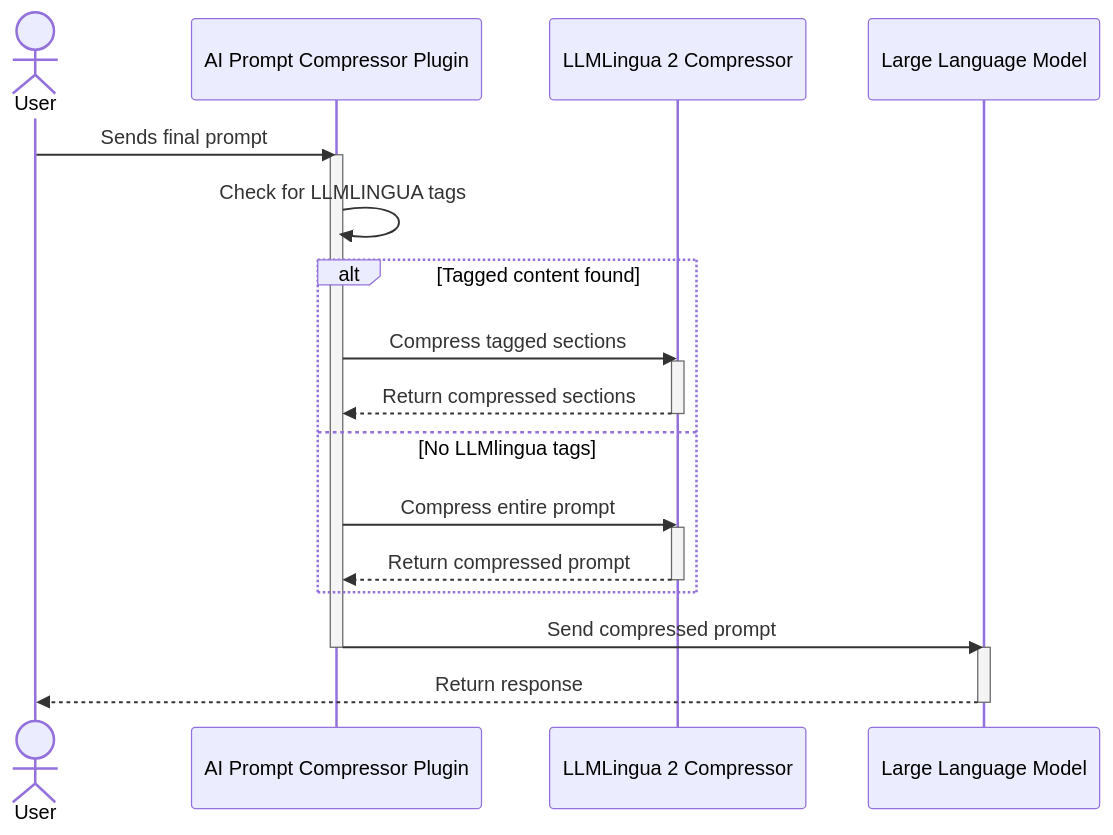
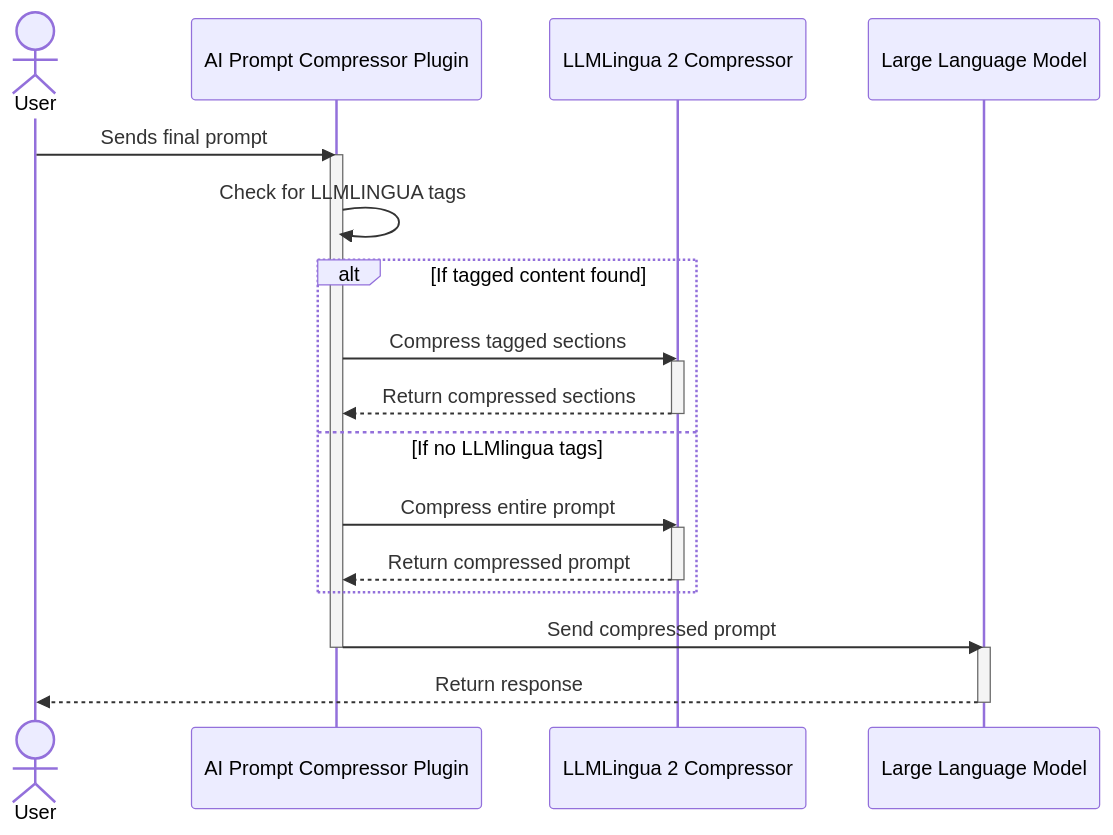
Before and after one commit to Kong/developer.konghq.com: the diagram in app/_kong_plugins/ai-prompt-compressor/index.md, drawn with Mermaid. The commit also changed 10 other files, not shown here.

Commit message:
add 'if' to alt/opt in mermaid diagrams

```diff
--- a/app/_kong_plugins/ai-prompt-compressor/index.md
+++ b/app/_kong_plugins/ai-prompt-compressor/index.md
@@ -184,29 +184,29 @@
 {% mermaid %}
 sequenceDiagram
     actor User
     participant KongAICompressor as AI Prompt Compressor Plugin
     participant LLMLingua2 as LLMLingua 2 Compressor
     participant LLM as Large Language Model
 
     User->>KongAICompressor: Sends final prompt
     activate KongAICompressor
     KongAICompressor->>KongAICompressor: Check for LLMLINGUA tags
 
-    alt Tagged content found
+    alt If tagged content found
         KongAICompressor->>LLMLingua2: Compress tagged sections
         activate LLMLingua2
         LLMLingua2-->>KongAICompressor: Return compressed sections
         deactivate LLMLingua2
-    else No LLMlingua tags
+    else If no LLMlingua tags
         KongAICompressor->>LLMLingua2: Compress entire prompt
         activate LLMLingua2
         LLMLingua2-->>KongAICompressor: Return compressed prompt
         deactivate LLMLingua2
     end
 
     KongAICompressor->>LLM: Send compressed prompt
     deactivate KongAICompressor
     activate LLM
     LLM-->>User: Return response
     deactivate LLM
 {% endmermaid %}
```
